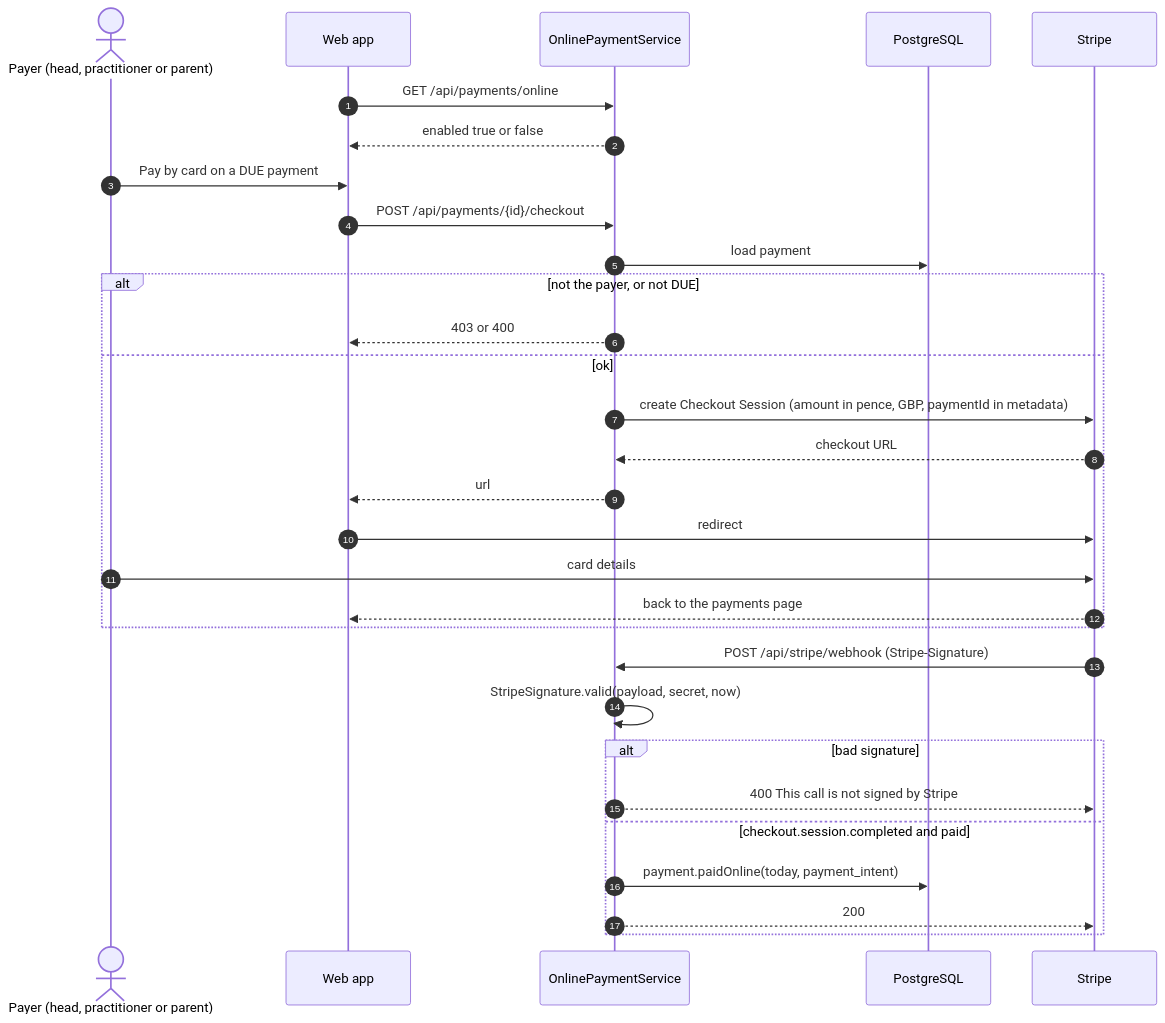
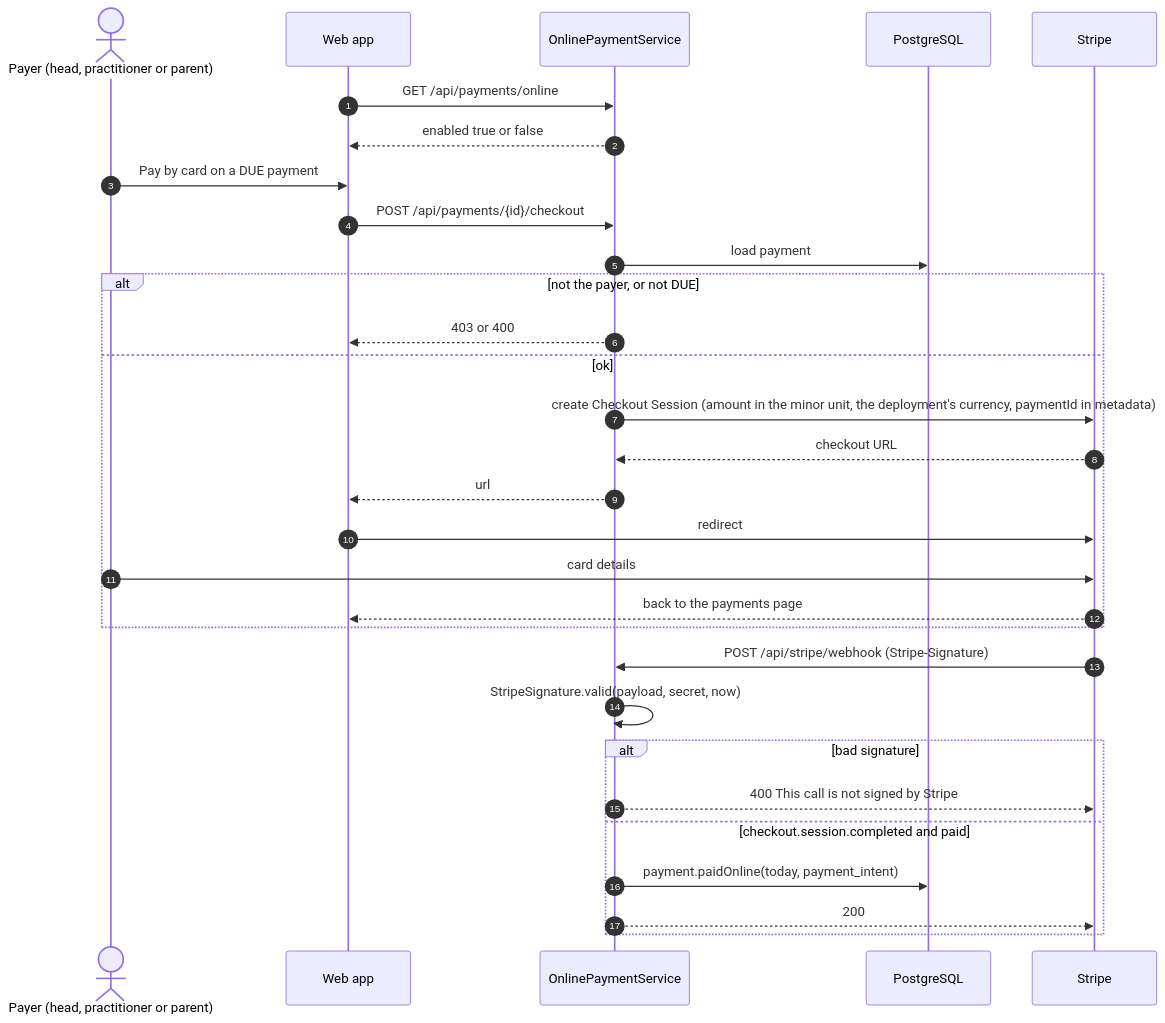
Before and after one commit to ersagarnikam/MoterMoversPlatform: the third of 4 diagrams in docs/flows/0-everyone.md, drawn with Mermaid. The commit also changed 30 other files, not shown here.

First line of the commit message:
Show amounts in the deployment's currency

````diff
--- a/docs/flows/0-everyone.md
+++ b/docs/flows/0-everyone.md
@@ -123,32 +123,32 @@
 ```mermaid
 sequenceDiagram
   autonumber
   actor P as Payer (head, practitioner or parent)
   participant W as Web app
   participant API as OnlinePaymentService
   participant DB as PostgreSQL
   participant S as Stripe
   W->>API: GET /api/payments/online
   API-->>W: enabled true or false
   P->>W: Pay by card on a DUE payment
   W->>API: POST /api/payments/{id}/checkout
   API->>DB: load payment
   alt not the payer, or not DUE
     API-->>W: 403 or 400
   else ok
-    API->>S: create Checkout Session (amount in pence, GBP, paymentId in metadata)
+    API->>S: create Checkout Session (amount in the minor unit, the deployment's currency, paymentId in metadata)
     S-->>API: checkout URL
     API-->>W: url
     W->>S: redirect
     P->>S: card details
     S-->>W: back to the payments page
   end
   S->>API: POST /api/stripe/webhook (Stripe-Signature)
   API->>API: StripeSignature.valid(payload, secret, now)
   alt bad signature
     API-->>S: 400 This call is not signed by Stripe
   else checkout.session.completed and paid
     API->>DB: payment.paidOnline(today, payment_intent)
     API-->>S: 200
   end
 ```
````
